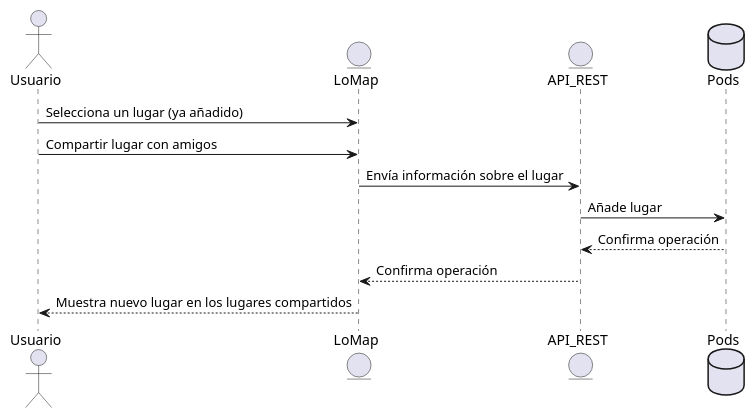
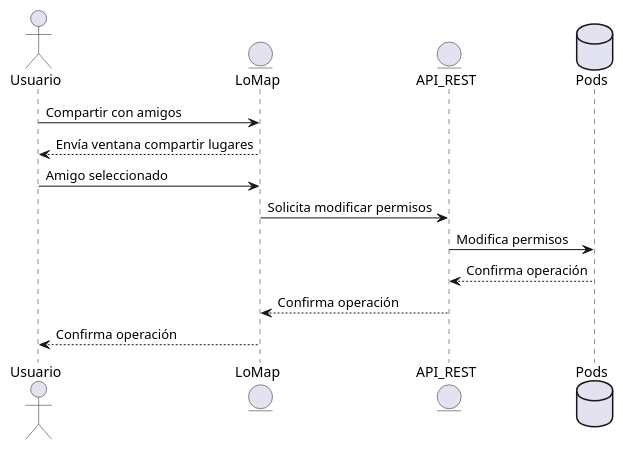
Diagram 11 of 16 in docs/06_runtime_view.adoc (Arquisoft/lomap_es3c), drawn with PlantUML before and after one commit. The commit also changed other lines of this file, not shown here.

```diff
--- a/docs/06_runtime_view.adoc
+++ b/docs/06_runtime_view.adoc
@@ -190,14 +181,15 @@
 [plantuml,"Sequence diagram4",png]
 ----
 actor Usuario
 entity LoMap
-Usuario -> LoMap: Selecciona un lugar (ya añadido)
-Usuario -> LoMap: Compartir lugar con amigos
+Usuario -> LoMap: Compartir con amigos
+LoMap --> Usuario: Envía ventana compartir lugares
 entity API_REST
 database Pod as "Pods"
-LoMap-> API_REST: Envía información sobre el lugar
-API_REST-> Pod : Añade lugar
+Usuario -> LoMap: Amigo seleccionado
+LoMap->API_REST: Solicita modificar permisos
+API_REST-> Pod : Modifica permisos
 Pod--> API_REST: Confirma operación
-API_REST--> LoMap: Confirma operación
-LoMap--> Usuario: Muestra nuevo lugar en los lugares compartidos
+API_REST -->LoMap:Confirma operación
+LoMap--> Usuario: Confirma operación
 ----
```
